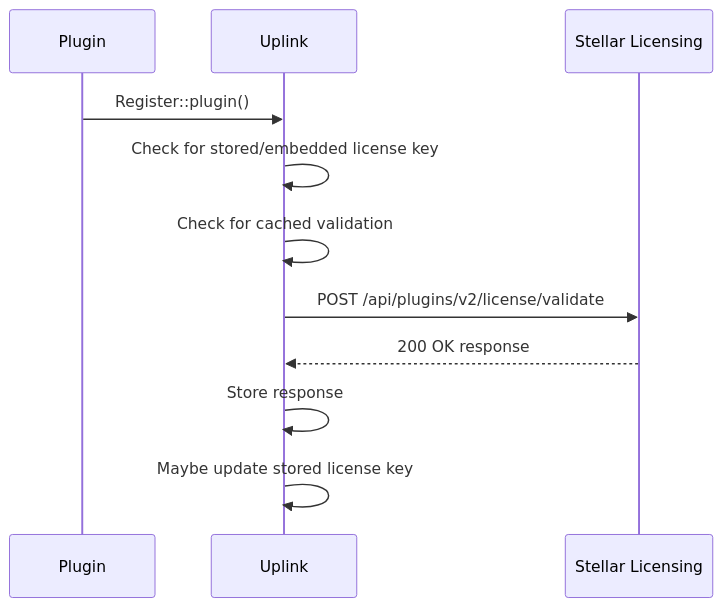
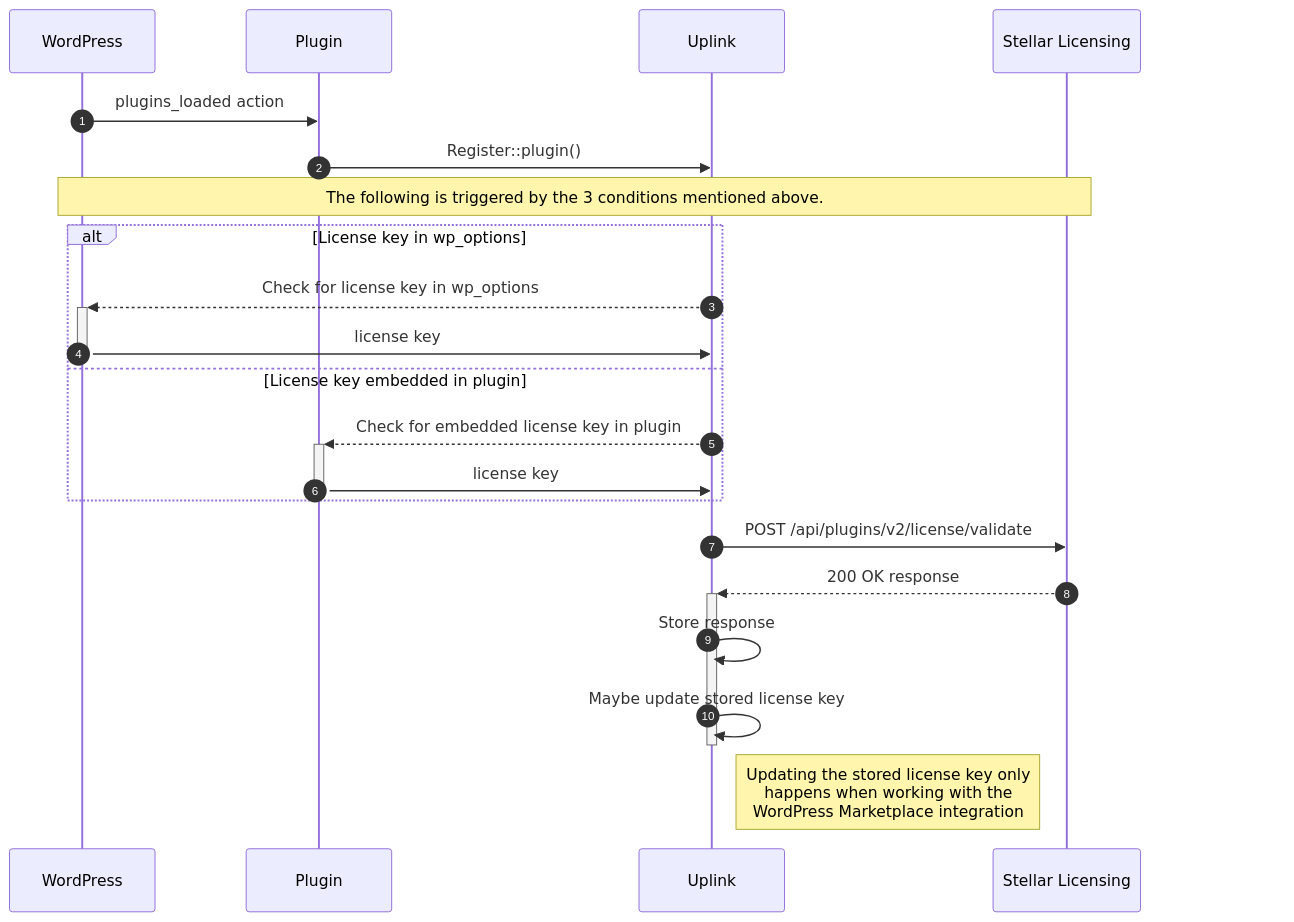
The diagram in docs/features.md (stellarwp/uplink), drawn with Mermaid before and after one commit.

Commit message:
More thorough diagram of the license validation flow

````diff
--- a/docs/features.md
+++ b/docs/features.md
@@ -35,10 +35,29 @@
 ```mermaid
 sequenceDiagram
-	Plugin->>Uplink: Register::plugin()
-	Uplink->>Uplink: Check for stored/embedded license key
-	Uplink->>Uplink: Check for cached validation
-	Uplink->>Stellar Licensing: POST /api/plugins/v2/license/validate
-	Stellar Licensing-->>Uplink: 200 OK response
-	Uplink->>Uplink: Store response
-	Uplink->>Uplink: Maybe update stored license key
+	autonumber
+	participant wp as WordPress
+	participant plugin as Plugin
+	participant uplink as Uplink
+	participant stellar as Stellar Licensing
+	link uplink: stellarwp/uplink @ https://github.com/stellarwp/uplink
+	link stellar: the-events-calendar/pue-service @ https://github.com/the-events-calendar/pue-service
+	link stellar: stellarwp/licensing @ https://github.com/stellarwp/licensing
+
+	wp->>plugin: plugins_loaded action
+	plugin->>uplink: Register::plugin()
+	Note over wp, stellar: The following is triggered by the 3 conditions mentioned above.
+	alt License key in wp_options
+		uplink-->>+wp: Check for license key in wp_options
+		wp->>-uplink: license key
+	else License key embedded in plugin
+		uplink-->>+plugin: Check for embedded license key in plugin
+		plugin->>-uplink: license key
+	end
+
+	uplink->>stellar: POST /api/plugins/v2/license/validate
+
+	stellar-->>+uplink: 200 OK response
+	uplink->>uplink: Store response
+	uplink->>-uplink: Maybe update stored license key
+	Note right of uplink: Updating the stored license key only<br>happens when working with the<br>WordPress Marketplace integration
 ```
````
